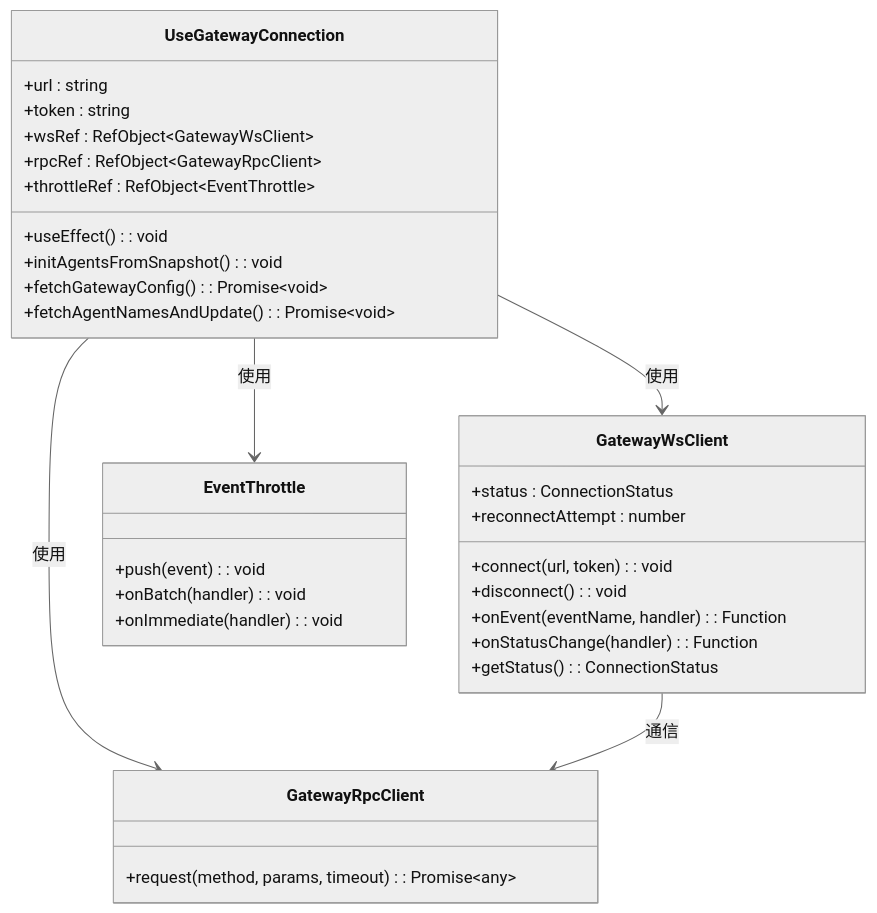
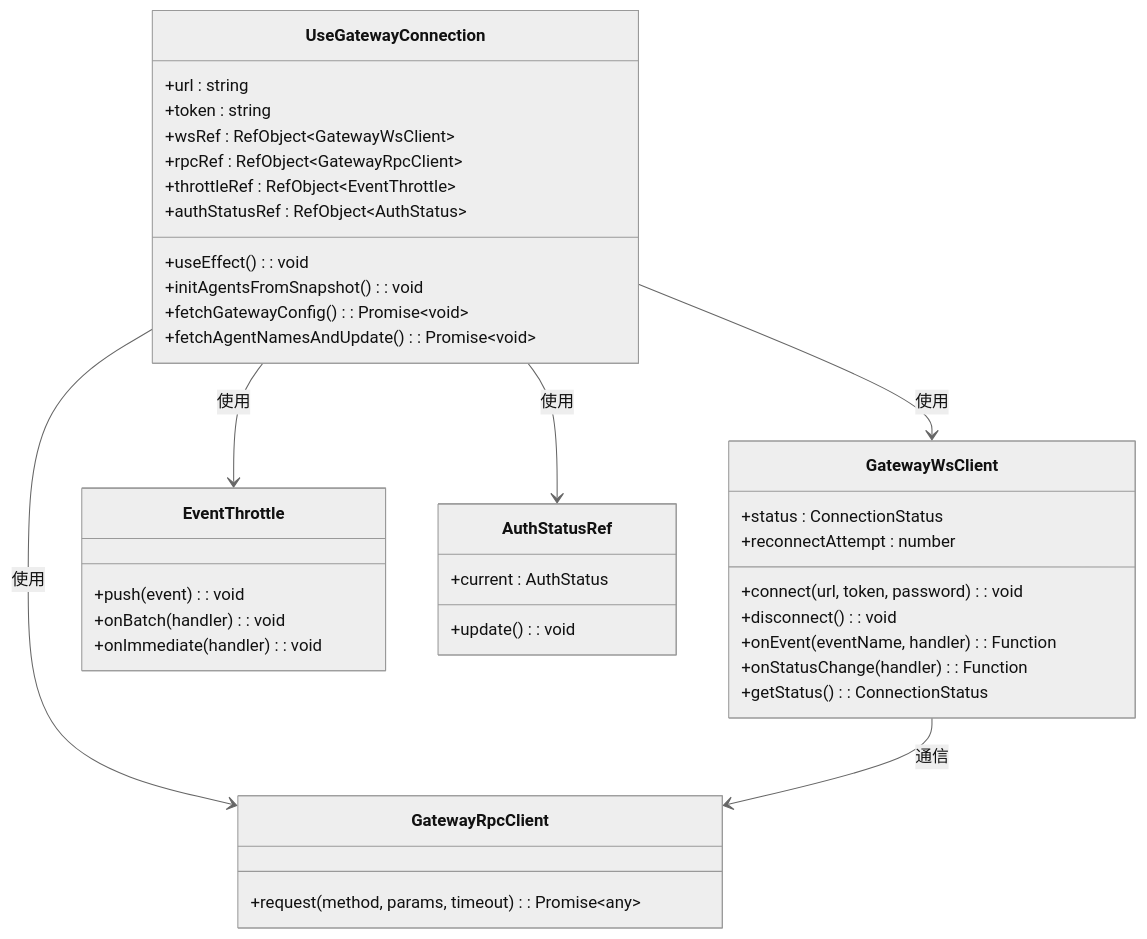
One commit to WW-AI-Lab/openclaw-office changed the third of 11 diagrams in .qoder/repowiki/zh/content/自定义Hooks/网关连接管理Hook.md. Above: the diagram before and after it, drawn with Mermaid (neutral theme). The commit also changed other lines of this file and 9 other files, not shown here.

````diff
--- a/.qoder/repowiki/zh/content/自定义Hooks/网关连接管理Hook.md
+++ b/.qoder/repowiki/zh/content/自定义Hooks/网关连接管理Hook.md
@@ -147,35 +178,41 @@
 ```mermaid
 classDiagram
 class UseGatewayConnection {
 +url : string
 +token : string
 +wsRef : RefObject~GatewayWsClient~
 +rpcRef : RefObject~GatewayRpcClient~
 +throttleRef : RefObject~EventThrottle~
++authStatusRef : RefObject~AuthStatus~
 +useEffect() : void
 +initAgentsFromSnapshot() : void
 +fetchGatewayConfig() : Promise~void~
 +fetchAgentNamesAndUpdate() : Promise~void~
 }
 class GatewayWsClient {
 +status : ConnectionStatus
 +reconnectAttempt : number
-+connect(url, token) : void
++connect(url, token, password) : void
 +disconnect() : void
 +onEvent(eventName, handler) : Function
 +onStatusChange(handler) : Function
 +getStatus() : ConnectionStatus
 }
 class GatewayRpcClient {
 +request(method, params, timeout) : Promise~any~
 }
 class EventThrottle {
 +push(event) : void
 +onBatch(handler) : void
 +onImmediate(handler) : void
 }
+class AuthStatusRef {
++current : AuthStatus
++update() : void
+}
 UseGatewayConnection --> GatewayWsClient : 使用
 UseGatewayConnection --> GatewayRpcClient : 使用
 UseGatewayConnection --> EventThrottle : 使用
+UseGatewayConnection --> AuthStatusRef : 使用
 GatewayWsClient --> GatewayRpcClient : 通信
 ```
````
